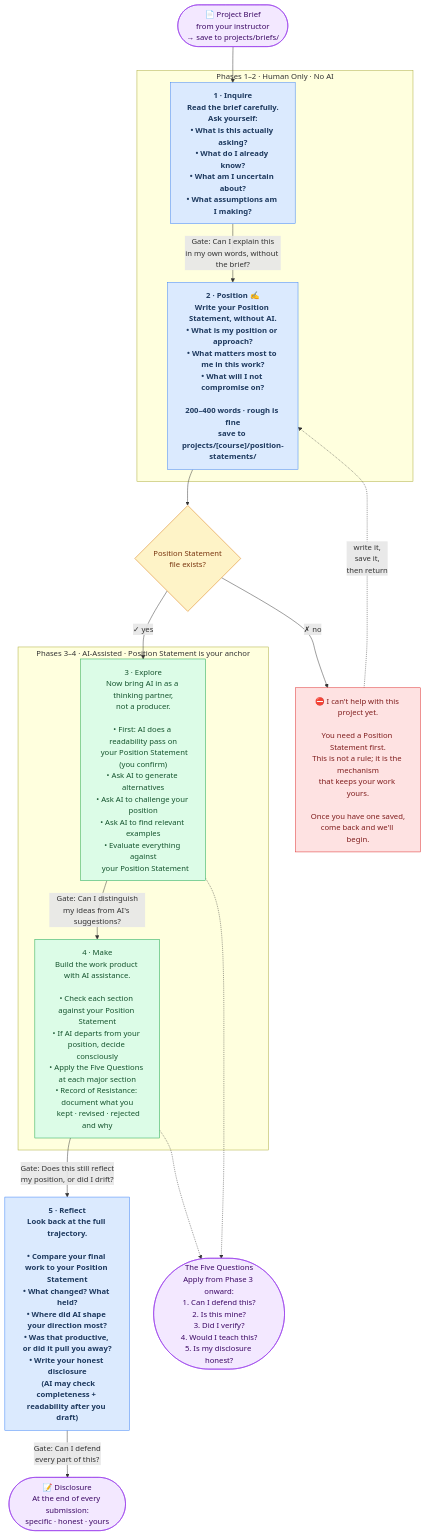
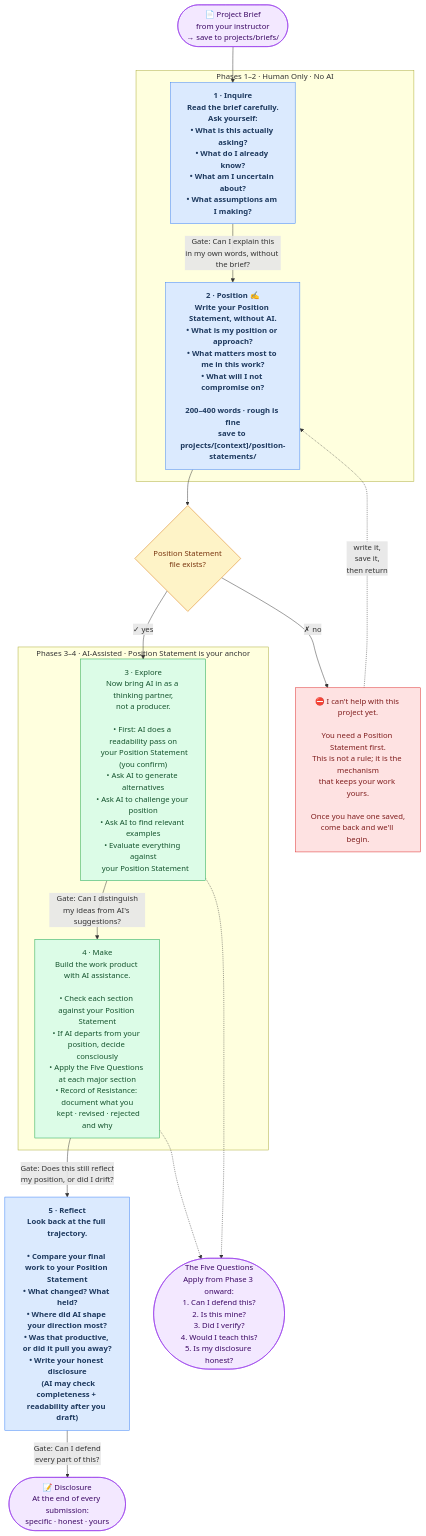
One commit to nmadrid27/esf-companion changed the first of 2 diagrams in WORKFLOW.md. Above: the diagram before and after it, drawn with Mermaid. The commit also changed other lines of this file and 13 other files, not shown here.

````diff
--- a/WORKFLOW.md
+++ b/WORKFLOW.md
@@ -11,43 +11,43 @@
 ```mermaid
 flowchart TD
     classDef humanOnly fill:#dbeafe,stroke:#3b82f6,color:#1e3a5f,font-weight:bold
     classDef aiAssisted fill:#dcfce7,stroke:#16a34a,color:#14532d
     classDef gate fill:#fef3c7,stroke:#d97706,color:#78350f
     classDef artifact fill:#f3e8ff,stroke:#9333ea,color:#3b0764
     classDef blocked fill:#fee2e2,stroke:#dc2626,color:#7f1d1d
 
     BRIEF(["📄 Project Brief\nfrom your instructor\n→ save to projects/briefs/"]):::artifact
 
     subgraph HUMANONLY["  Phases 1–2 · Human Only · No AI  "]
         P1["1 · Inquire\nRead the brief carefully.\nAsk yourself:\n• What is this actually asking?\n• What do I already know?\n• What am I uncertain about?\n• What assumptions am I making?"]:::humanOnly
 
-        P2["2 · Position ✍️\nWrite your Position Statement, without AI.\n• What is my position or approach?\n• What matters most to me in this work?\n• What will I not compromise on?\n\n200–400 words · rough is fine\nsave to projects/[course]/position-statements/"]:::humanOnly
+        P2["2 · Position ✍️\nWrite your Position Statement, without AI.\n• What is my position or approach?\n• What matters most to me in this work?\n• What will I not compromise on?\n\n200–400 words · rough is fine\nsave to projects/[context]/position-statements/"]:::humanOnly
     end
 
     GATE{"Position Statement\nfile exists?"}:::gate
     BLOCKED["⛔ I can't help with this project yet.\n\nYou need a Position Statement first.\nThis is not a rule; it is the mechanism\nthat keeps your work yours.\n\nOnce you have one saved,\ncome back and we'll begin."]:::blocked
 
     subgraph AIASSISTED["  Phases 3–4 · AI-Assisted · Position Statement is your anchor  "]
         P3["3 · Explore\nNow bring AI in as a thinking partner,\nnot a producer.\n\n• First: AI does a readability pass on\n  your Position Statement (you confirm)\n• Ask AI to generate alternatives\n• Ask AI to challenge your position\n• Ask AI to find relevant examples\n• Evaluate everything against\n  your Position Statement"]:::aiAssisted
 
         P4["4 · Make\nBuild the work product with AI assistance.\n\n• Check each section against your Position Statement\n• If AI departs from your position, decide consciously\n• Apply the Five Questions at each major section\n• Record of Resistance: document what you\n  kept · revised · rejected and why"]:::aiAssisted
     end
 
     P5["5 · Reflect\nLook back at the full trajectory.\n\n• Compare your final work to your Position Statement\n• What changed? What held?\n• Where did AI shape your direction most?\n• Was that productive, or did it pull you away?\n• Write your honest disclosure\n  (AI may check completeness + readability after you draft)"]:::humanOnly
 
     FQ(["The Five Questions\nApply from Phase 3 onward:\n1. Can I defend this?\n2. Is this mine?\n3. Did I verify?\n4. Would I teach this?\n5. Is my disclosure honest?"]):::artifact
 
     DISCLOSURE(["📝 Disclosure\nAt the end of every submission:\nspecific · honest · yours"]):::artifact
 
     BRIEF --> P1
     P1 -->|"Gate: Can I explain this\nin my own words, without the brief?"| P2
     P2 --> GATE
     GATE -->|"✓ yes"| P3
     GATE -->|"✗ no"| BLOCKED
     BLOCKED -.->|"write it,\nsave it,\nthen return"| P2
     P3 -->|"Gate: Can I distinguish\nmy ideas from AI's suggestions?"| P4
     P4 -->|"Gate: Does this still reflect\nmy position, or did I drift?"| P5
     P5 -->|"Gate: Can I defend\nevery part of this?"| DISCLOSURE
     P3 -.-> FQ
     P4 -.-> FQ
 ```
````
